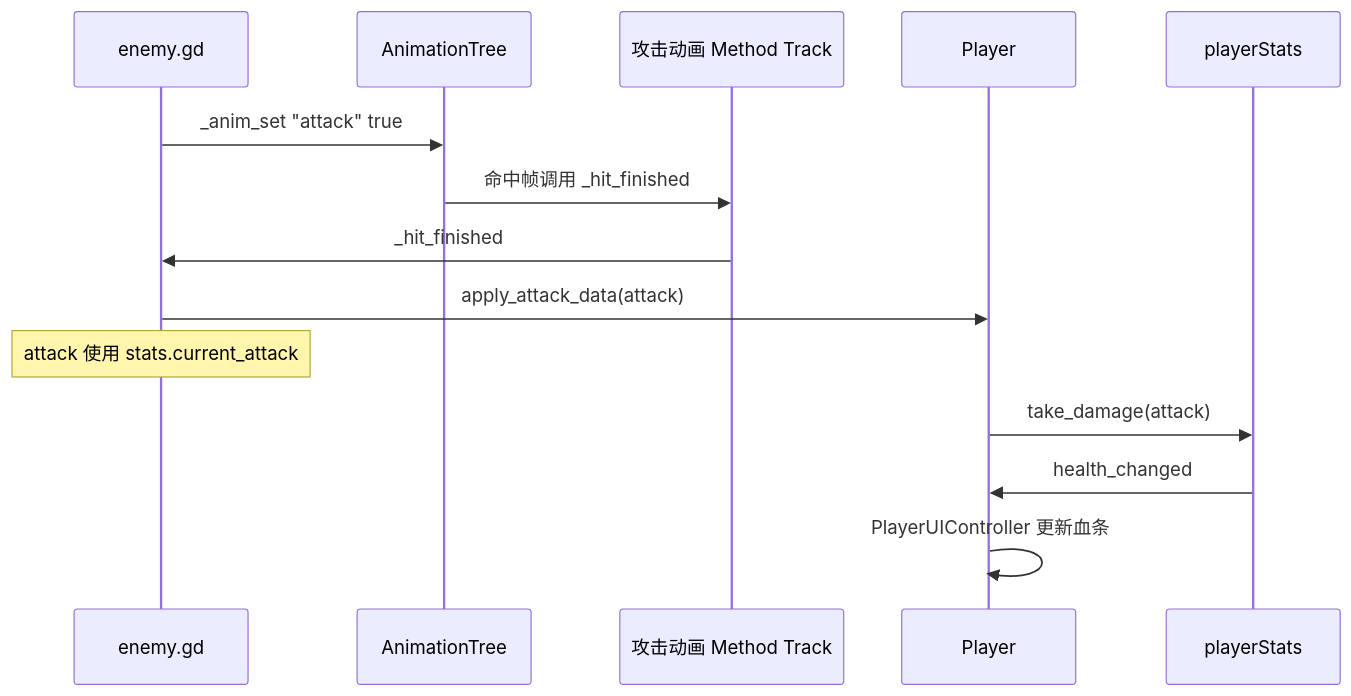
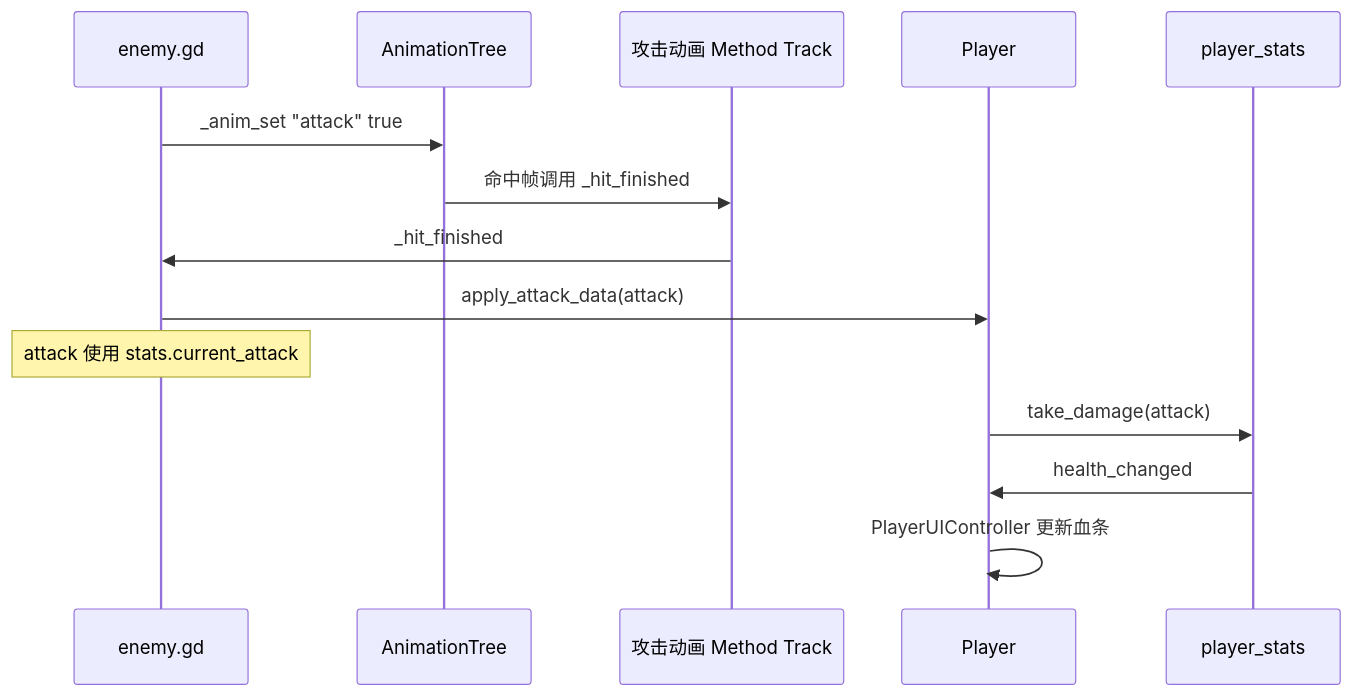
The fourth of 4 diagrams in docs/DAMAGE_SYSTEM.md (baixuan297/Human-Disaster), drawn with Mermaid before and after one commit. The commit also changed other lines of this file and 50 other files, not shown here.

````diff
--- a/docs/DAMAGE_SYSTEM.md
+++ b/docs/DAMAGE_SYSTEM.md
@@ -104,16 +104,16 @@
 ```mermaid
 sequenceDiagram
     participant Enemy as enemy.gd
     participant AnimTree as AnimationTree
     participant MethodTrack as 攻击动画 Method Track
     participant Player as Player
-    participant Stats as playerStats
+    participant Stats as player_stats
     Enemy->>AnimTree: _anim_set "attack" true
     AnimTree->>MethodTrack: 命中帧调用 _hit_finished
     MethodTrack->>Enemy: _hit_finished
     Enemy->>Player: apply_attack_data(attack)
     Note over Enemy: attack 使用 stats.current_attack
     Player->>Stats: take_damage(attack)
     Stats->>Player: health_changed
     Player->>Player: PlayerUIController 更新血条
 ```
````
